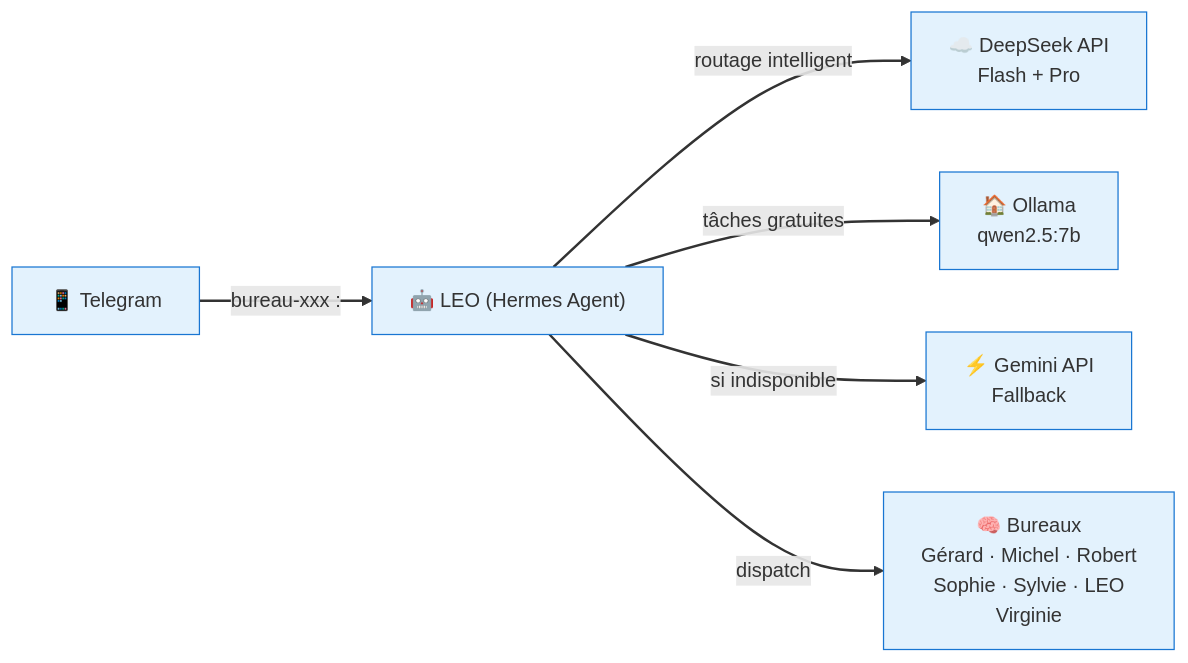
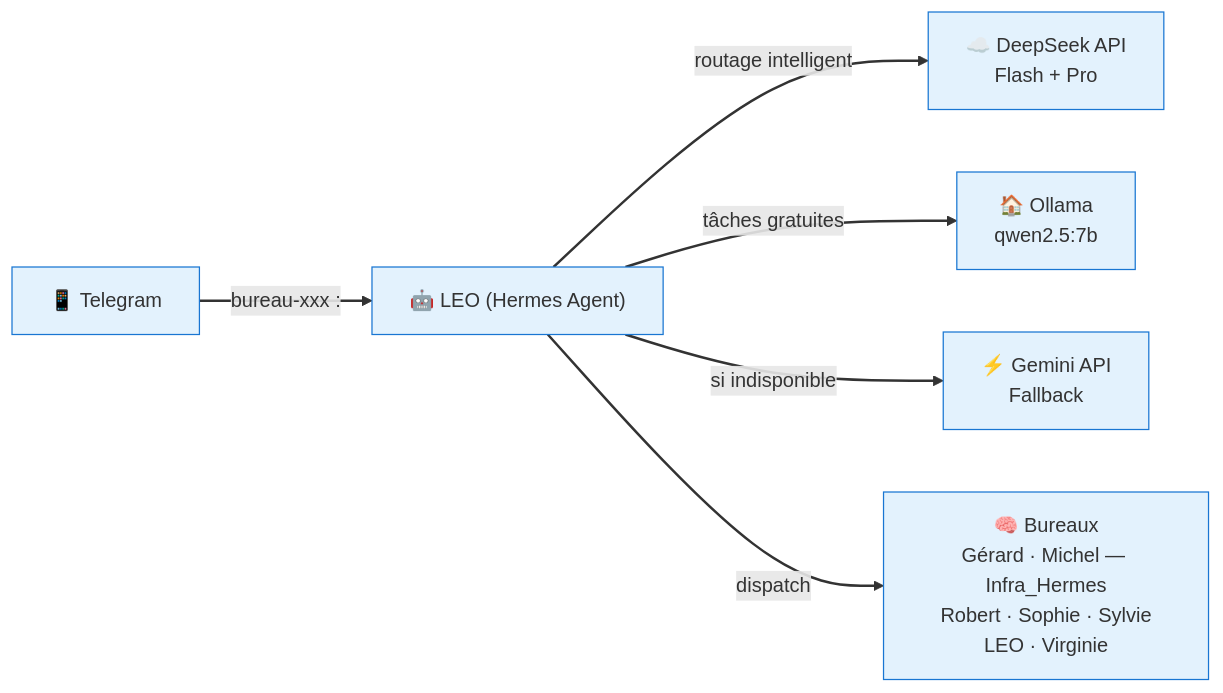
Before and after one commit to christophedanhier-hash/BAVI_LEO: the first of 3 diagrams in docs/index.md, drawn with Mermaid. The commit also changed other lines of this file and 10 other files, not shown here.

Commit message:
🔧 Bureau Michel → Michel — Infra_Hermes

````diff
--- a/docs/index.md
+++ b/docs/index.md
@@ -41,23 +41,23 @@
 ```mermaid
 flowchart LR
     Telegram["📱 Telegram"]
     LEO["🤖 LEO (Hermes Agent)"]
-    Bureaux["🧠 Bureaux<br/>Gérard · Michel · Robert<br/>Sophie · Sylvie · LEO<br/>Virginie"]
+    Bureaux["🧠 Bureaux<br/>Gérard · Michel — Infra_Hermes<br/>Robert · Sophie · Sylvie<br/>LEO · Virginie"]
     DeepSeek["☁️ DeepSeek API<br/>Flash + Pro"]
     Ollama["🏠 Ollama<br/>qwen2.5:7b"]
     Gemini["⚡ Gemini API<br/>Fallback"]
 
     Telegram -->|"bureau-xxx : <demande>"| LEO
     LEO -->|"routage intelligent"| DeepSeek
     LEO -->|"tâches gratuites"| Ollama
     LEO -->|"si indisponible"| Gemini
     LEO -->|"dispatch"| Bureaux
 
     style Telegram fill:#e3f2fd,stroke:#1976d2
     style LEO fill:#e3f2fd,stroke:#1976d2
     style Bureaux fill:#e3f2fd,stroke:#1976d2
     style DeepSeek fill:#e3f2fd,stroke:#1976d2
     style Ollama fill:#e3f2fd,stroke:#1976d2
     style Gemini fill:#e3f2fd,stroke:#1976d2
     linkStyle default stroke-width:2px,fill:none
 ```
````
